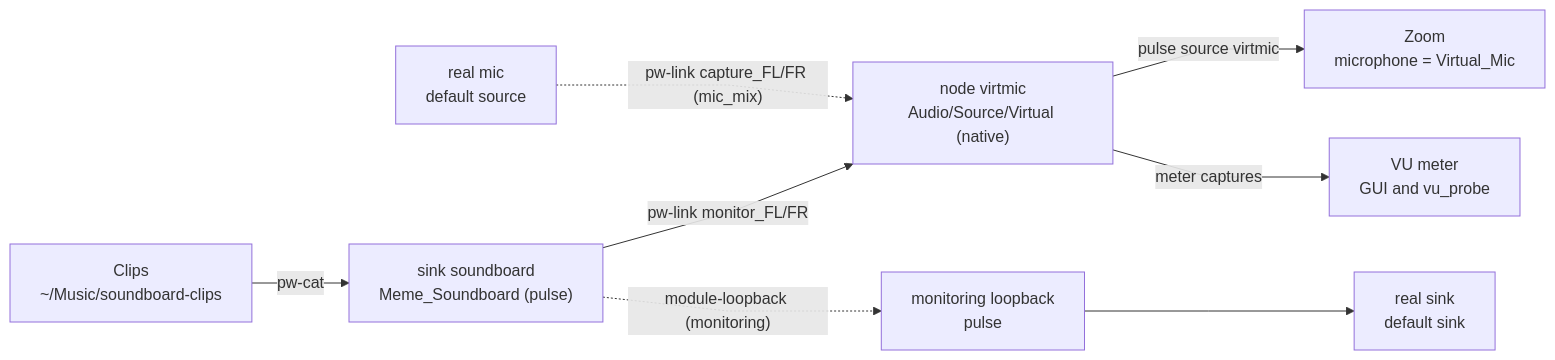
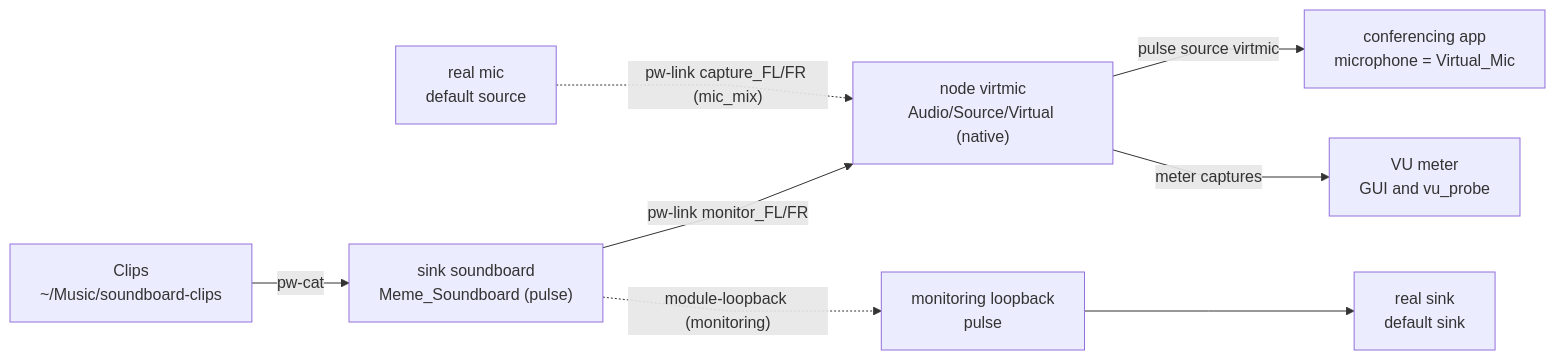
One commit to wsgoggway/soundboard changed the first of 2 diagrams in docs/hld.md. Above: the diagram before and after it, drawn with Mermaid. The commit also changed other lines of this file and 10 other files, not shown here.

First line of the commit message:
refactor!: vendor-neutral wording — any conferencing app, not just Zoom

````diff
--- a/docs/hld.md
+++ b/docs/hld.md
@@ -37,20 +38,20 @@
 ```mermaid
 %%{init: {'flowchart': {'curve': 'linear'}}}%%
 flowchart LR
     CLIPS["Clips<br/>~/Music/soundboard-clips"]
     SB["sink soundboard<br/>Meme_Soundboard (pulse)"]
     VM["node virtmic<br/>Audio/Source/Virtual (native)"]
     MIC["real mic<br/>default source"]
     RS["real sink<br/>default sink"]
     LB["monitoring loopback<br/>pulse"]
-    ZOOM["Zoom<br/>microphone = Virtual_Mic"]
+    CONF["conferencing app<br/>microphone = Virtual_Mic"]
     VU["VU meter<br/>GUI and vu_probe"]
 
     CLIPS -->|"pw-cat"| SB
     SB -->|"pw-link monitor_FL/FR"| VM
     MIC -.->|"pw-link capture_FL/FR (mic_mix)"| VM
     SB -.->|"module-loopback (monitoring)"| LB
     LB --> RS
-    VM -->|"pulse source virtmic"| ZOOM
+    VM -->|"pulse source virtmic"| CONF
     VM -->|"meter captures"| VU
 ```
````
